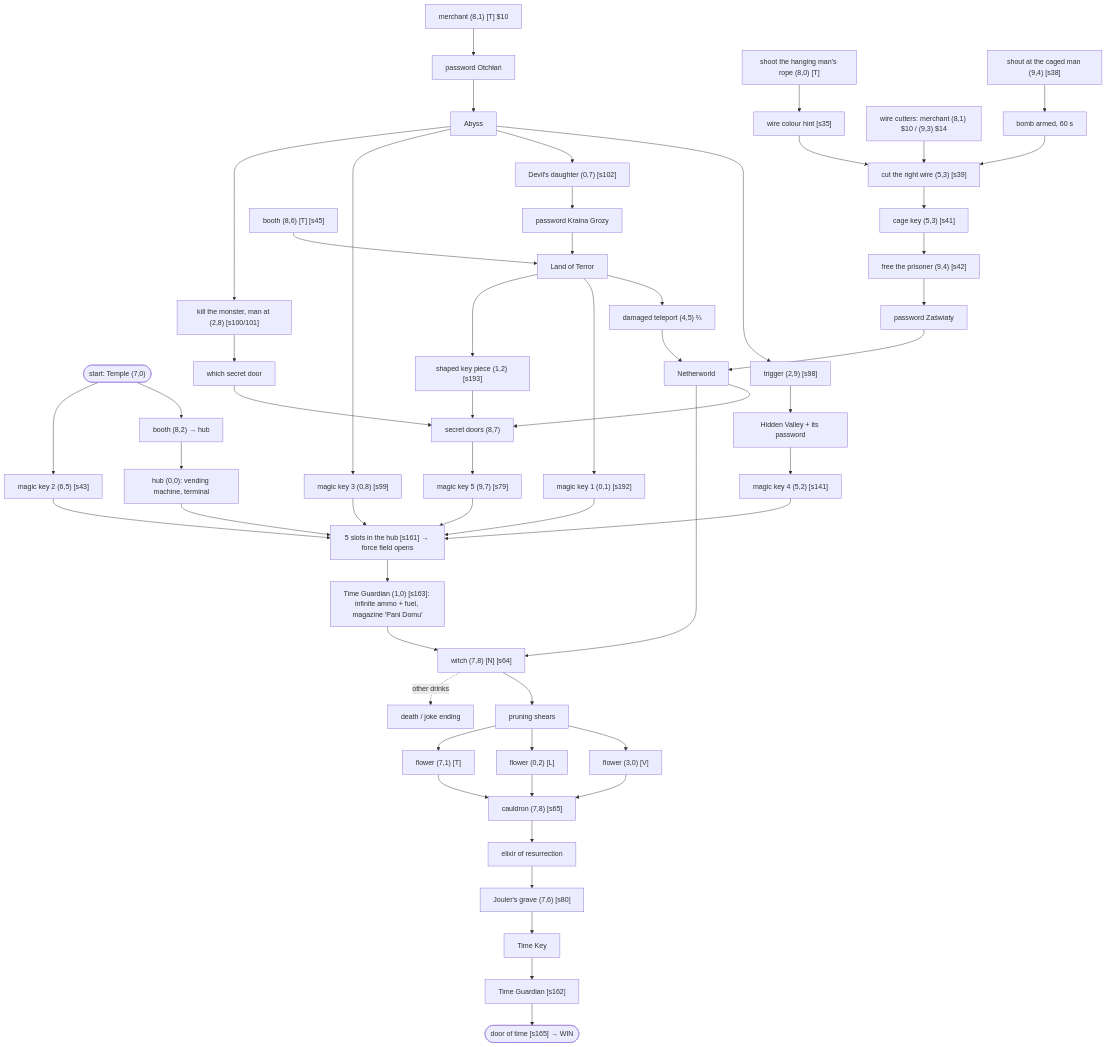
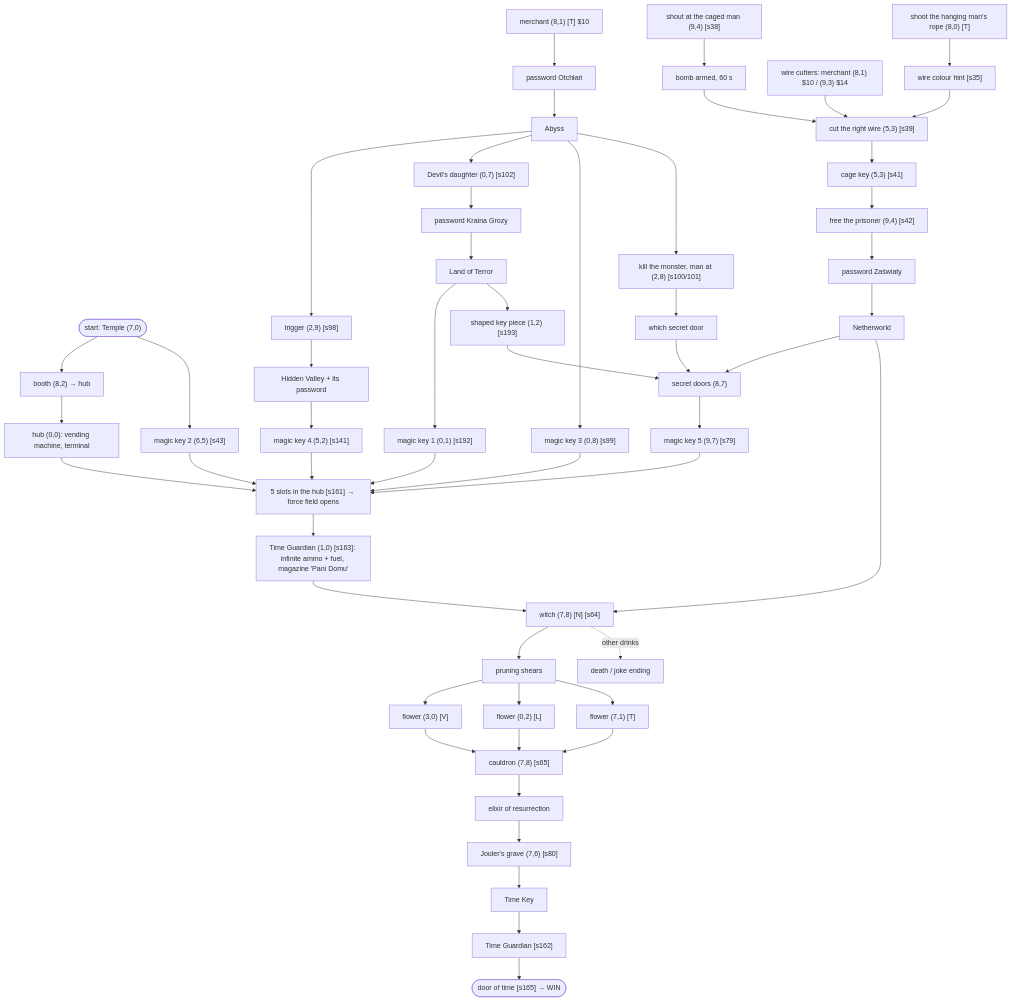
One commit to mbialkowski/claude-sandbox changed the second of 2 diagrams in docs/reverse-engineering/07-world-and-catalogues.md. Above: the diagram before and after it, drawn with Mermaid. The commit also changed other lines of this file and 2 other files, not shown here.

First line of the commit message:
Document completability results and correct the damaged teleport

````diff
--- a/docs/reverse-engineering/07-world-and-catalogues.md
+++ b/docs/reverse-engineering/07-world-and-catalogues.md
@@ -224,47 +232,45 @@
 ```mermaid
 flowchart TD
   start(["start: Temple (7,0)"]) --> booth82["booth (8,2) → hub"]
   booth82 --> hub["hub (0,0): vending machine, terminal"]
 
   %% passwords
   m1["merchant (8,1) [T] $10"] --> pwA["password Otchłań"]
   pwA --> abyss["Abyss"]
   abyss --> t29["trigger (2,9) [s98]"] --> valley["Hidden Valley + its password"]
   abyss --> devil["Devil's daughter (0,7) [s102]"] --> pwL["password Kraina Grozy"]
-  booth86["booth (8,6) [T] [s45]"] --> terror["Land of Terror"]
-  pwL --> terror
+  pwL --> terror["Land of Terror"]
 
   %% bomb and cage
   hang["shoot the hanging man's rope (8,0) [T]"] --> hint["wire colour hint [s35]"]
   cutters["wire cutters: merchant (8,1) $10 / (9,3) $14"] --> defuse
   shout["shout at the caged man (9,4) [s38]"] --> bomb["bomb armed, 60 s"] --> defuse["cut the right wire (5,3) [s39]"]
   hint --> defuse
   defuse --> cagekey["cage key (5,3) [s41]"] --> freed["free the prisoner (9,4) [s42]"] --> pwN["password Zaświaty"]
   pwN --> nether["Netherworld"]
-  terror --> dmg["damaged teleport (4,5) ⅔"] --> nether
 
   %% magic keys
   terror --> k1["magic key 1 (0,1) [s192]"]
   start --> k2["magic key 2 (6,5) [s43]"]
   abyss --> k3["magic key 3 (0,8) [s99]"]
   valley --> k4["magic key 4 (5,2) [s141]"]
   terror --> piece["shaped key piece (1,2) [s193]"]
   abyss --> monster["kill the monster, man at (2,8) [s100/101]"] --> doorhint["which secret door"]
   nether --> doors
   piece --> doors["secret doors (8,7)"]
   doorhint --> doors
   doors --> k5["magic key 5 (9,7) [s79]"]
   k1 & k2 & k3 & k4 & k5 --> slots["5 slots in the hub [s161] → force field opens"]
   hub --> slots
   slots --> guardian["Time Guardian (1,0) [s163]: infinite ammo + fuel, magazine 'Pani Domu'"]
 
   %% witch and elixir
   guardian --> witch["witch (7,8) [N] [s64]"]
   nether --> witch
   witch --> shears["pruning shears"]
   witch -. "other drinks" .-> endings["death / joke ending"]
   shears --> f1["flower (3,0) [V]"] & f2["flower (0,2) [L]"] & f3["flower (7,1) [T]"]
   f1 & f2 & f3 --> cauldron["cauldron (7,8) [s65]"] --> elixir["elixir of resurrection"]
   elixir --> grave["Jouler's grave (7,6) [s80]"] --> timekey["Time Key"]
   timekey --> guardian2["Time Guardian [s162]"] --> win(["door of time [s165] → WIN"])
 ```
````
